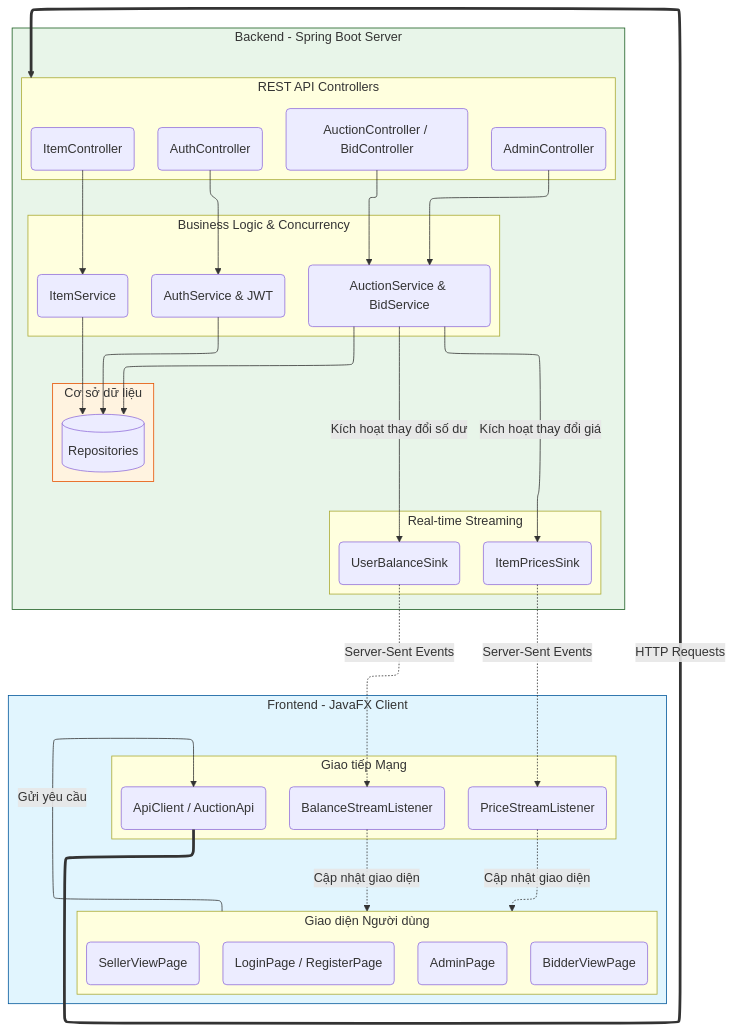
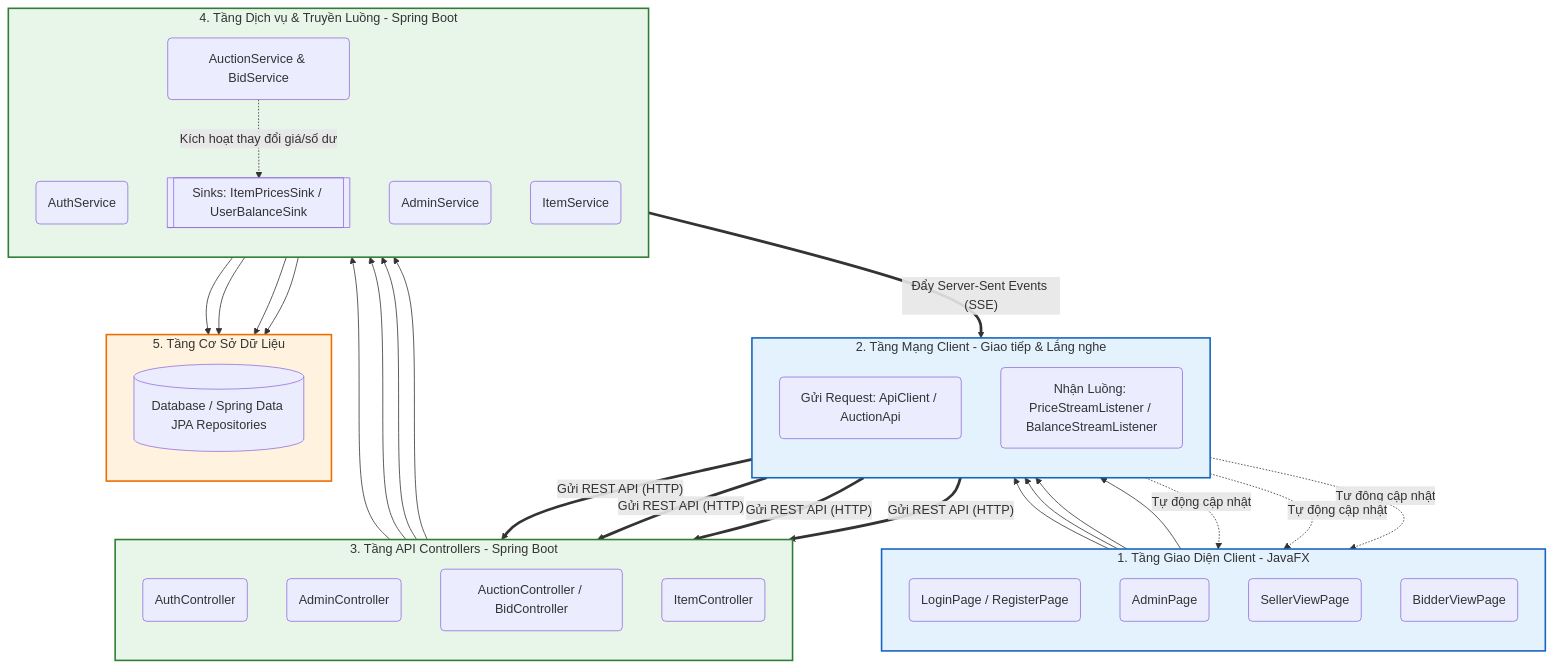
The diagram in Báo cáo Bài tập lớn.md (melowmolly2/obsidian), drawn with Mermaid before and after one commit. The commit also changed other lines of this file, not shown here.

Commit message:
vault backup: 2026-06-06 15:57:09

````diff
--- a/Báo cáo Bài tập lớn.md
+++ b/Báo cáo Bài tập lớn.md
@@ -53,149 +8,75 @@
 ```mermaid
-%%{init: {"flowchart": {"defaultRenderer": "elk"}}}%%
+flowchart TD
+    %% TẦNG 1: FRONTEND UI
+    subgraph Layer1 [1. Tầng Giao Diện Client - JavaFX]
+        direction TB
+        UI_Auth(LoginPage / RegisterPage)
+        UI_Admin(AdminPage)
+        UI_Seller(SellerViewPage)
+        UI_Bidder(BidderViewPage)
+    end
 
-graph TD
+    %% TẦNG 2: FRONTEND NETWORK
+    subgraph Layer2 [2. Tầng Mạng Client - Giao tiếp & Lắng nghe]
+        direction TB
+        Net_Req(Gửi Request: ApiClient / AuctionApi)
+        Net_Listen(Nhận Luồng: PriceStreamListener / BalanceStreamListener)
+    end
 
-    %% Layout configuration
+    %% TẦNG 3: BACKEND CONTROLLER
+    subgraph Layer3 [3. Tầng API Controllers - Spring Boot]
+        direction TB
+        Ctrl_Auth(AuthController)
+        Ctrl_Admin(AdminController)
+        Ctrl_Auction(AuctionController / BidController)
+        Ctrl_Item(ItemController)
+    end
 
-    %% Smaller, compact layout
+    %% TẦNG 4: BACKEND SERVICE & SINK
+    subgraph Layer4 [4. Tầng Dịch vụ & Truyền Luồng - Spring Boot]
+        direction TB
+        Svc_Auth(AuthService)
+        Svc_Admin(AdminService)
+        Svc_Auction(AuctionService & BidService)
+        Svc_Item(ItemService)
+        Sinks[[Sinks: ItemPricesSink / UserBalanceSink]]
+    end
 
-    %% Keeping logical grouping intact
+    %% TẦNG 5: BACKEND DATABASE
+    subgraph Layer5 [5. Tầng Cơ Sở Dữ Liệu]
+        direction TB
+        DB[(Database / Spring Data JPA Repositories)]
+    end
 
-    subgraph Client [Frontend - JavaFX Client]
+    %% LUỒNG XUỐNG: REQUEST (Người dùng thao tác)
+    UI_Auth --> Net_Req
+    UI_Admin --> Net_Req
+    UI_Seller --> Net_Req
+    UI_Bidder --> Net_Req
 
-        direction TB
+    Net_Req == "Gửi REST API (HTTP)" ==> Ctrl_Auth & Ctrl_Admin & Ctrl_Auction & Ctrl_Item
+    
+    Ctrl_Auth --> Svc_Auth
+    Ctrl_Admin --> Svc_Admin
+    Ctrl_Auction --> Svc_Auction
+    Ctrl_Item --> Svc_Item
 
-        subgraph UI [Giao diện Người dùng]
+    Svc_Auth --> DB
+    Svc_Admin --> DB
+    Svc_Auction --> DB
+    Svc_Item --> DB
 
-            A1(LoginPage / RegisterPage)
+    %% LUỒNG LÊN: RESPONSE & REAL-TIME (Cập nhật từ Server về Client)
+    Svc_Auction -. "Kích hoạt thay đổi giá/số dư" .-> Sinks
+    Sinks == "Đẩy Server-Sent Events (SSE)" ==> Net_Listen
+    Net_Listen -. "Tự động cập nhật" .-> UI_Admin & UI_Seller & UI_Bidder
 
-            A2(AdminPage)
+    %% ĐỊNH DẠNG MÀU SẮC
+    classDef clientLayer fill:#e3f2fd,stroke:#1565c0,stroke-width:2px;
+    classDef serverLayer fill:#e8f5e9,stroke:#2e7d32,stroke-width:2px;
+    classDef dbLayer fill:#fff3e0,stroke:#ef6c00,stroke-width:2px;
 
-            A3(SellerViewPage)
-
-            A4(BidderViewPage)
-
-        end
-
-  
-
-        subgraph Network [Giao tiếp Mạng]
-
-            B1(ApiClient / AuctionApi)
-
-            B2(PriceStreamListener)
-
-            B3(BalanceStreamListener)
-
-        end
-
-  
-
-        UI -->|Gửi yêu cầu| B1
-
-        B2 -.->|Cập nhật giao diện| UI
-
-        B3 -.->|Cập nhật giao diện| UI
-
-    end
-
-  
-
-    subgraph Server [Backend - Spring Boot Server]
-
-        direction TB
-
-        subgraph Controllers [REST API Controllers]
-
-            C1(AuthController)
-
-            C2(AdminController)
-
-            C3(AuctionController / BidController)
-
-            C4(ItemController)
-
-        end
-
-  
-
-        subgraph Services [Business Logic & Concurrency]
-
-            D1(AuthService & JWT)
-
-            D2(AuctionService & BidService)
-
-            D3(ItemService)
-
-        end
-
-  
-
-        subgraph Sinks [Real-time Streaming]
-
-            E1(ItemPricesSink)
-
-            E2(UserBalanceSink)
-
-        end
-
-  
-
-        subgraph Database [Cơ sở dữ liệu]
-
-            DB[(Repositories)]
-
-        end
-
-  
-
-        C1 --> D1
-
-        C2 --> D2
-
-        C3 --> D2
-
-        C4 --> D3
-
-  
-
-        D1 --> DB
-
-        D2 --> DB
-
-        D3 --> DB
-
-  
-
-        D2 -->|Kích hoạt thay đổi giá| E1
-
-        D2 -->|Kích hoạt thay đổi số dư| E2
-
-    end
-
-  
-
-    %% Luồng giao tiếp Client - Server
-
-    B1 ==>|HTTP Requests| Controllers
-
-    E1 -.->|Server-Sent Events| B2
-
-    E2 -.->|Server-Sent Events| B3
-
-  
-
-    classDef client fill:#e1f5fe,stroke:#01579b,stroke-width:1px;
-
-    classDef server fill:#e8f5e9,stroke:#1b5e20,stroke-width:1px;
-
-    classDef db fill:#fff3e0,stroke:#e65100,stroke-width:1px;
-
-  
-
-    class Client client;
-
-    class Server server;
-
-    class Database db;
+    class Layer1,Layer2 clientLayer;
+    class Layer3,Layer4 serverLayer;
+    class Layer5 dbLayer;
 ```
````
